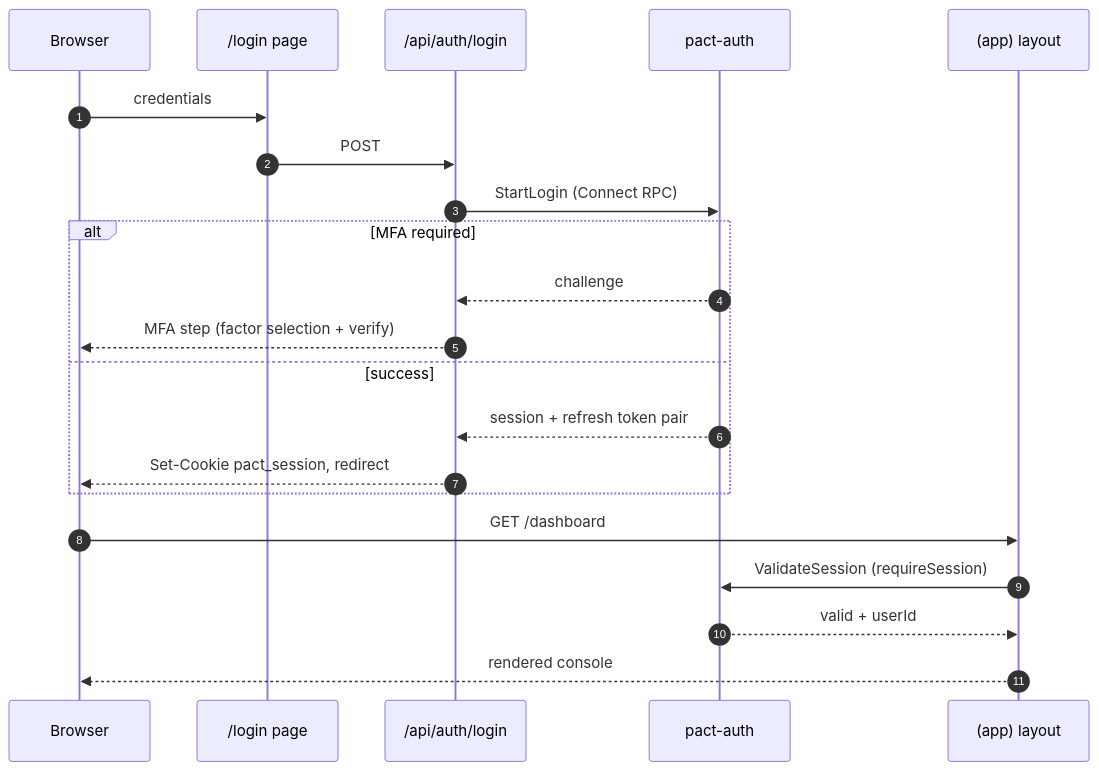
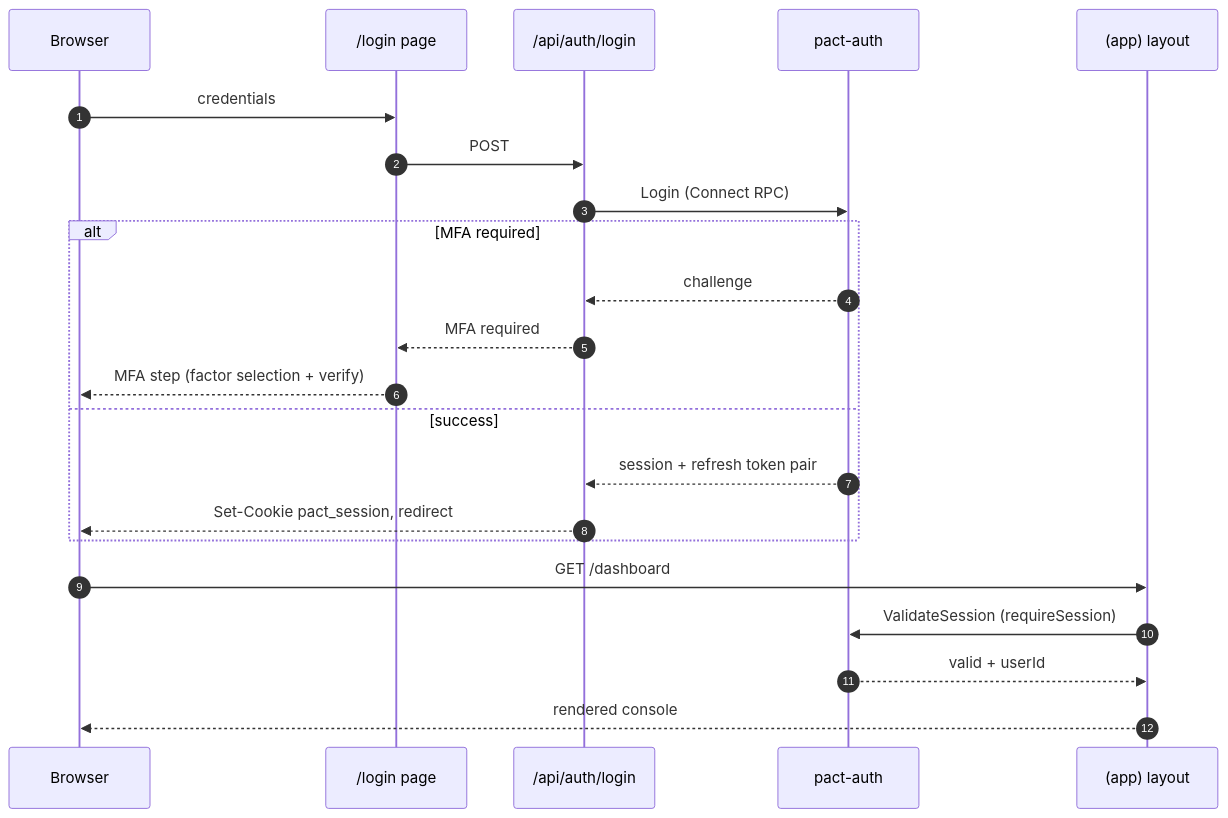
The third of 6 diagrams in docs/architecture.md (PACT-Toolkit/pact-web), drawn with Mermaid before and after one commit. The commit also changed other lines of this file, not shown here.

Commit message:
📝 fix architecture diagram inaccuracies in login and proxy flows

````diff
--- a/docs/architecture.md
+++ b/docs/architecture.md
@@ -102,24 +102,25 @@
 ```mermaid
 sequenceDiagram
     autonumber
     participant B as Browser
     participant L as /login page
     participant R as /api/auth/login
     participant A as pact-auth
     participant P as (app) layout
 
     B->>L: credentials
     L->>R: POST
-    R->>A: StartLogin (Connect RPC)
+    R->>A: Login (Connect RPC)
     alt MFA required
         A-->>R: challenge
-        R-->>B: MFA step (factor selection + verify)
+        R-->>L: MFA required
+        L-->>B: MFA step (factor selection + verify)
     else success
         A-->>R: session + refresh token pair
         R-->>B: Set-Cookie pact_session, redirect
     end
     B->>P: GET /dashboard
     P->>A: ValidateSession (requireSession)
     A-->>P: valid + userId
     P-->>B: rendered console
 ```
````
